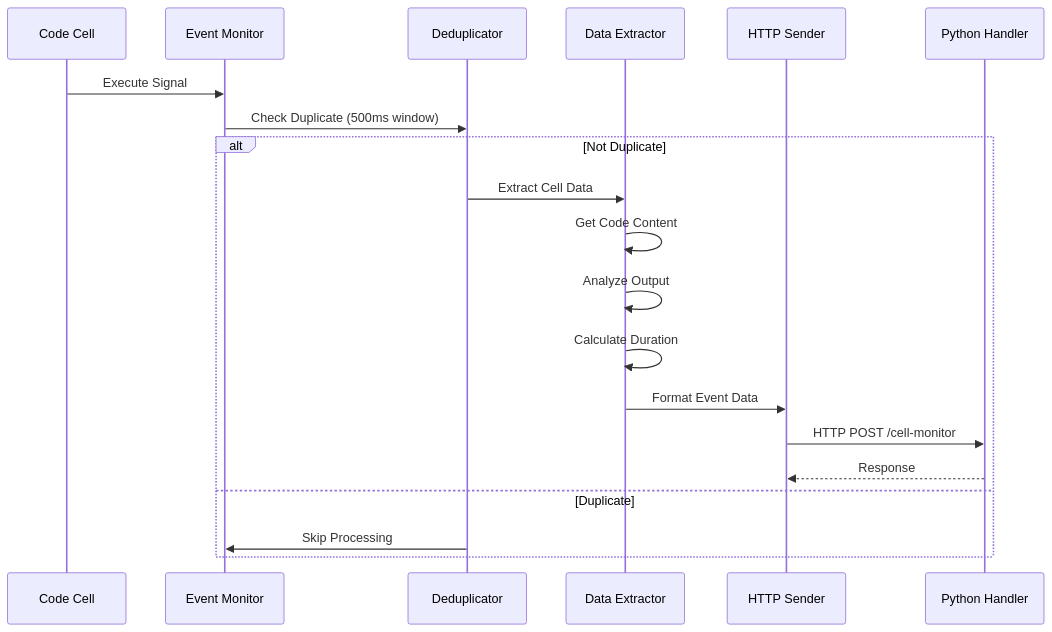
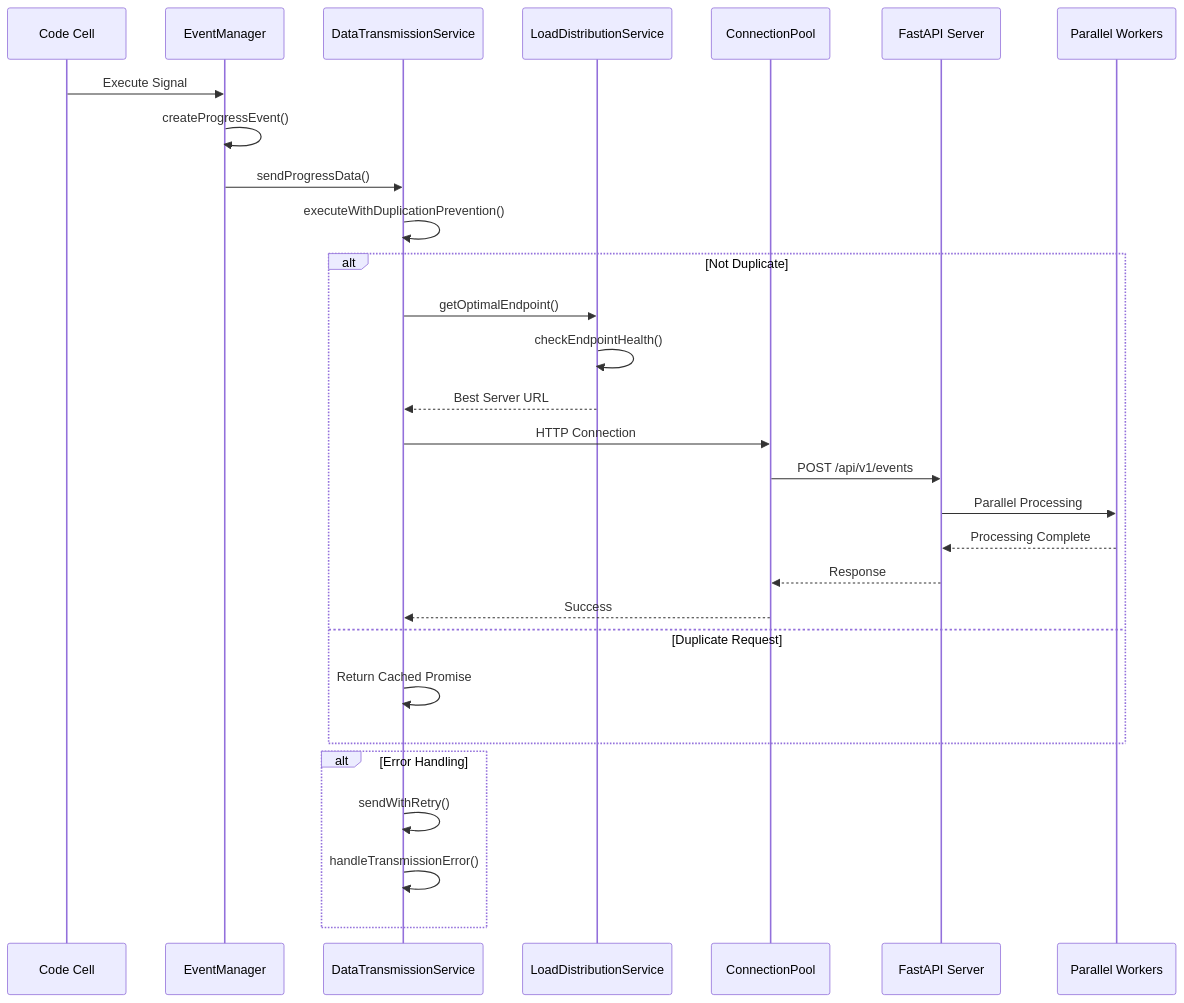
One commit to masahiro-tsubouchi/cell-monitor-extension changed the diagram in cell-monitor-extension/docs/architecture/SYSTEM_EVENT_PROCESSING.md. Above: the diagram before and after it, drawn with Mermaid. The commit also changed other lines of this file and 15 other files, not shown here.

````diff
--- a/cell-monitor-extension/docs/architecture/SYSTEM_EVENT_PROCESSING.md
+++ b/cell-monitor-extension/docs/architecture/SYSTEM_EVENT_PROCESSING.md
@@ -16,24 +16,34 @@
 ```mermaid
 sequenceDiagram
     participant Cell as Code Cell
-    participant Monitor as Event Monitor
-    participant Dedup as Deduplicator
-    participant Extractor as Data Extractor
-    participant Sender as HTTP Sender
-    participant Server as Python Handler
+    participant EM as EventManager
+    participant DTS as DataTransmissionService
+    participant LDS as LoadDistributionService
+    participant Pool as ConnectionPool
+    participant FastAPI as FastAPI Server
+    participant Worker as Parallel Workers
 
-    Cell->>Monitor: Execute Signal
-    Monitor->>Dedup: Check Duplicate (500ms window)
-
+    Cell->>EM: Execute Signal
+    EM->>EM: createProgressEvent()
+    EM->>DTS: sendProgressData()
+    DTS->>DTS: executeWithDuplicationPrevention()
+    
     alt Not Duplicate
-        Dedup->>Extractor: Extract Cell Data
-        Extractor->>Extractor: Get Code Content
-        Extractor->>Extractor: Analyze Output
-        Extractor->>Extractor: Calculate Duration
-        Extractor->>Sender: Format Event Data
-        Sender->>Server: HTTP POST /cell-monitor
-        Server-->>Sender: Response
-    else Duplicate
-        Dedup->>Monitor: Skip Processing
+        DTS->>LDS: getOptimalEndpoint()
+        LDS->>LDS: checkEndpointHealth()
+        LDS-->>DTS: Best Server URL
+        DTS->>Pool: HTTP Connection
+        Pool->>FastAPI: POST /api/v1/events
+        FastAPI->>Worker: Parallel Processing
+        Worker-->>FastAPI: Processing Complete
+        FastAPI-->>Pool: Response
+        Pool-->>DTS: Success
+    else Duplicate Request
+        DTS->>DTS: Return Cached Promise
+    end
+    
+    alt Error Handling
+        DTS->>DTS: sendWithRetry()
+        DTS->>DTS: handleTransmissionError()
     end
 ```
````
